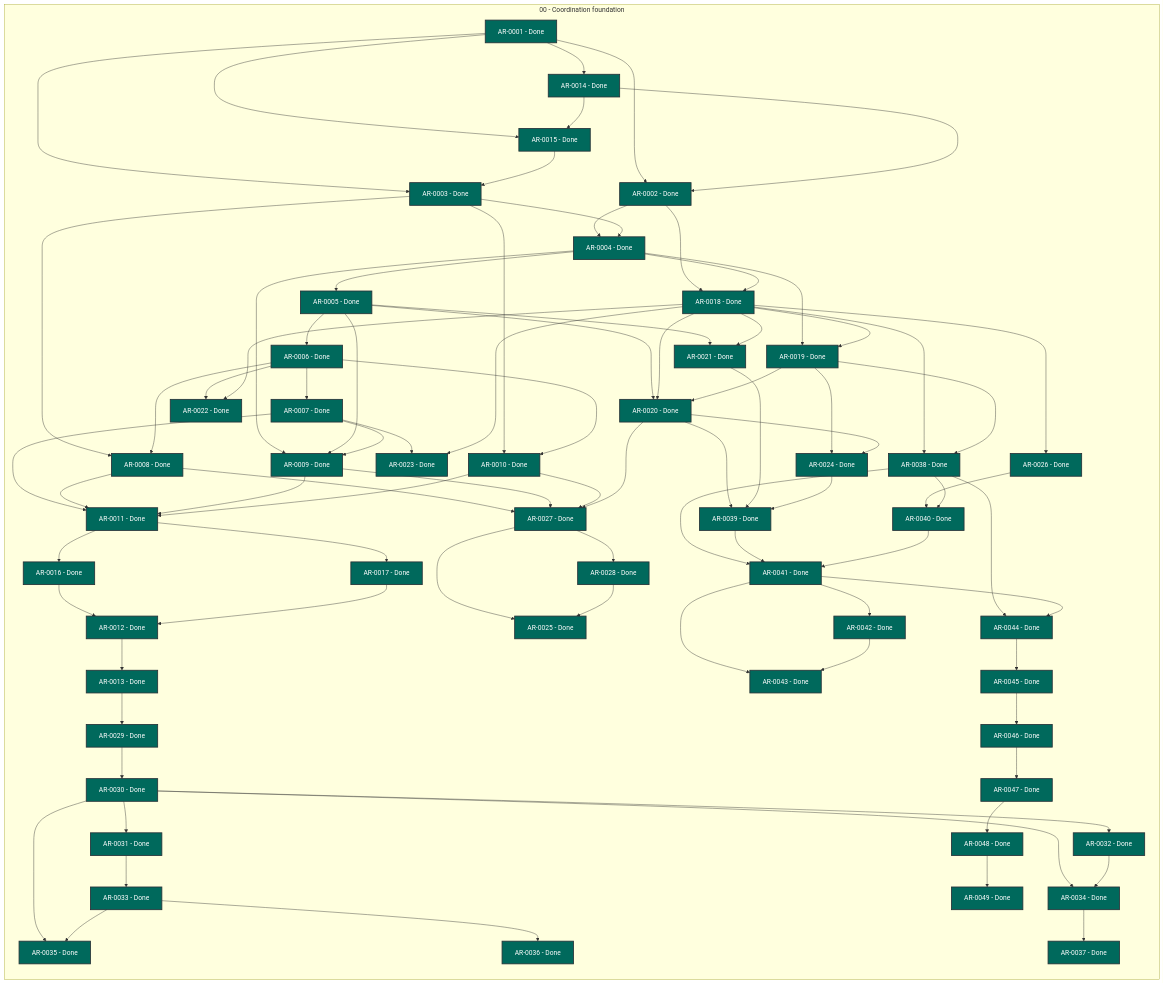
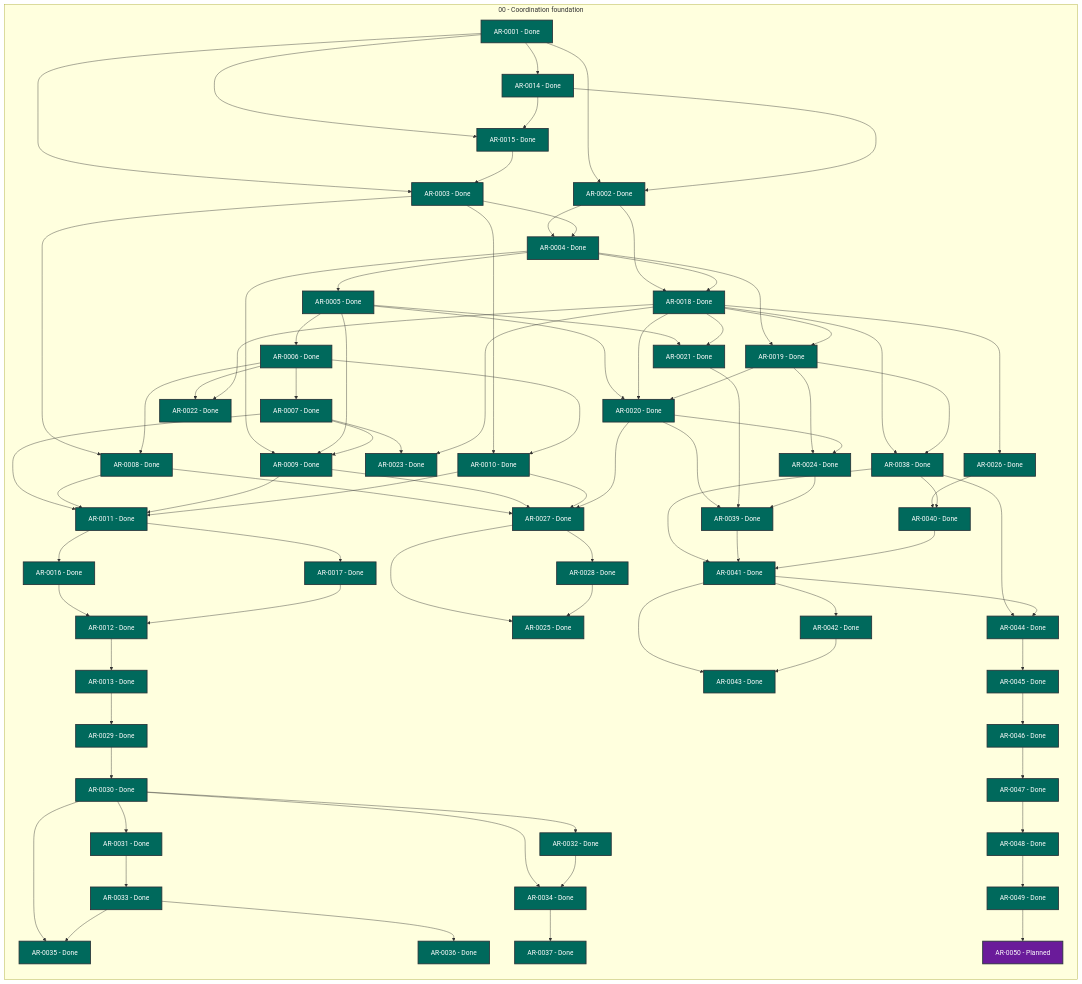
One commit to martin-beck/agent-workflow-tui-state changed the diagram in STATUS.md. Above: the diagram before and after it, drawn with Mermaid. The commit also changed other lines of this file and 3 other files, not shown here.

```diff
--- a/STATUS.md
+++ b/STATUS.md
@@ -77,6 +77,7 @@
         AR_0047["AR-0047 - Done"]:::status_done
         AR_0048["AR-0048 - Done"]:::status_done
         AR_0049["AR-0049 - Done"]:::status_done
+        AR_0050["AR-0050 - Planned"]:::status_planned
     end
     AR_0001 --> AR_0002
     AR_0001 --> AR_0003
@@ -160,6 +161,7 @@
     AR_0046 --> AR_0047
     AR_0047 --> AR_0048
     AR_0048 --> AR_0049
+    AR_0049 --> AR_0050
     classDef status_in_progress fill:#1565c0,color:#ffffff,stroke:#263238,stroke-width:2px
     classDef status_open fill:#2e7d32,color:#ffffff,stroke:#263238,stroke-width:2px
     classDef status_blocked fill:#c62828,color:#ffffff,stroke:#263238,stroke-width:2px
```
